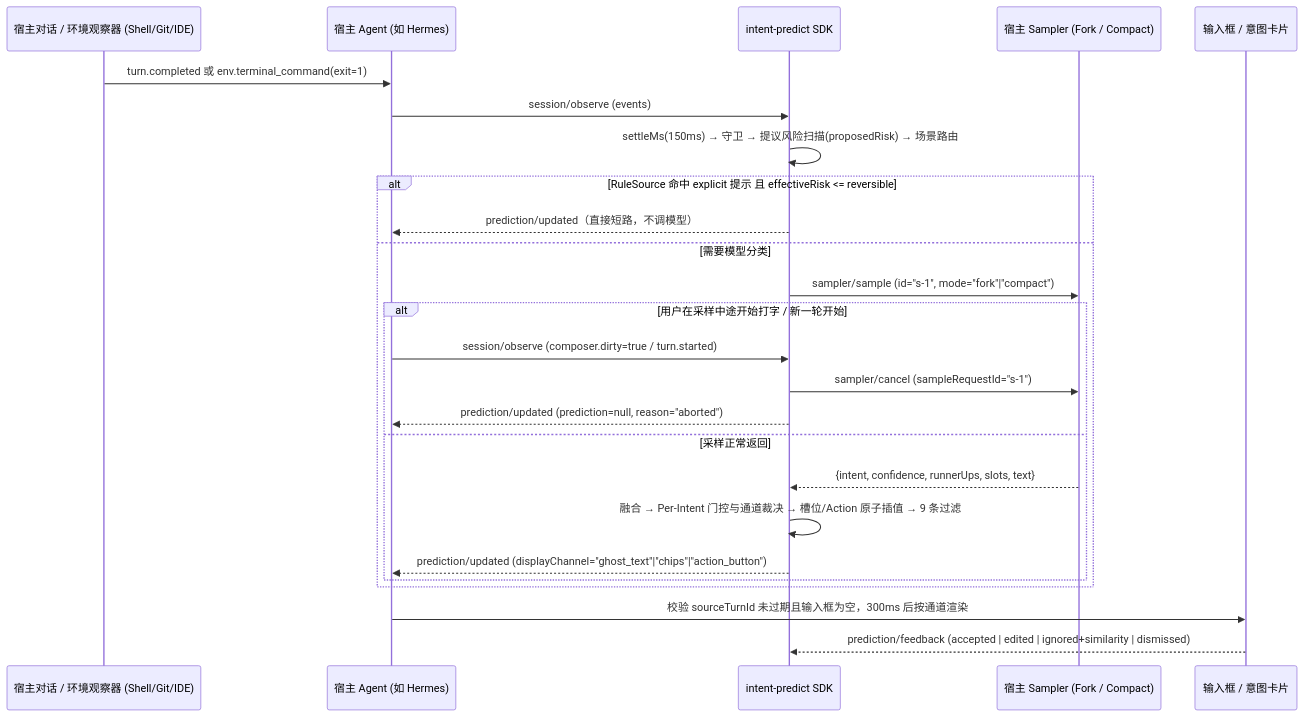
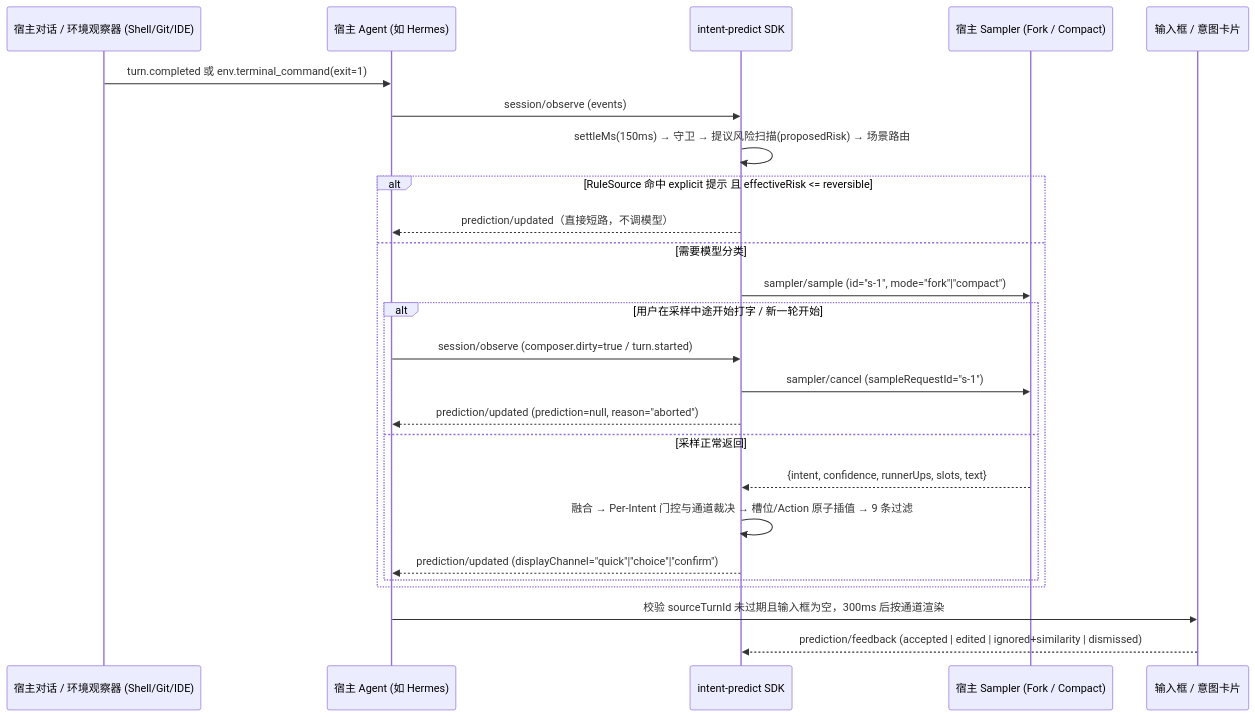
The second of 3 diagrams in docs/design.md (susyimes/intent-predict), drawn with Mermaid before and after one commit. The commit also changed other lines of this file and 13 other files, not shown here.

Commit message:
feat(spec): fully decouple from host composer with independent Web UI (quick/choice/confirm tiers, dispatch modes, Phase 1 mockup)

````diff
--- a/docs/design.md
+++ b/docs/design.md
@@ -189,28 +189,28 @@
 ```mermaid
 sequenceDiagram
   participant Env as 宿主对话 / 环境观察器 (Shell/Git/IDE)
   participant H as 宿主 Agent (如 Hermes)
   participant P as intent-predict SDK
   participant M as 宿主 Sampler (Fork / Compact)
   participant UI as 输入框 / 意图卡片
 
   Env->>H: turn.completed 或 env.terminal_command(exit=1)
   H->>P: session/observe (events)
   P->>P: settleMs(150ms) → 守卫 → 提议风险扫描(proposedRisk) → 场景路由
   alt RuleSource 命中 explicit 提示 且 effectiveRisk <= reversible
     P-->>H: prediction/updated（直接短路，不调模型）
   else 需要模型分类
     P->>M: sampler/sample (id="s-1", mode="fork"|"compact")
     alt 用户在采样中途开始打字 / 新一轮开始
       H->>P: session/observe (composer.dirty=true / turn.started)
       P->>M: sampler/cancel (sampleRequestId="s-1")
       P-->>H: prediction/updated (prediction=null, reason="aborted")
     else 采样正常返回
       M-->>P: {intent, confidence, runnerUps, slots, text}
       P->>P: 融合 → Per-Intent 门控与通道裁决 → 槽位/Action 原子插值 → 9 条过滤
-      P-->>H: prediction/updated (displayChannel="ghost_text"|"chips"|"action_button")
+      P-->>H: prediction/updated (displayChannel="quick"|"choice"|"confirm")
     end
   end
   H->>UI: 校验 sourceTurnId 未过期且输入框为空，300ms 后按通道渲染
   UI-->>P: prediction/feedback (accepted | edited | ignored+similarity | dismissed)
 ```
````
